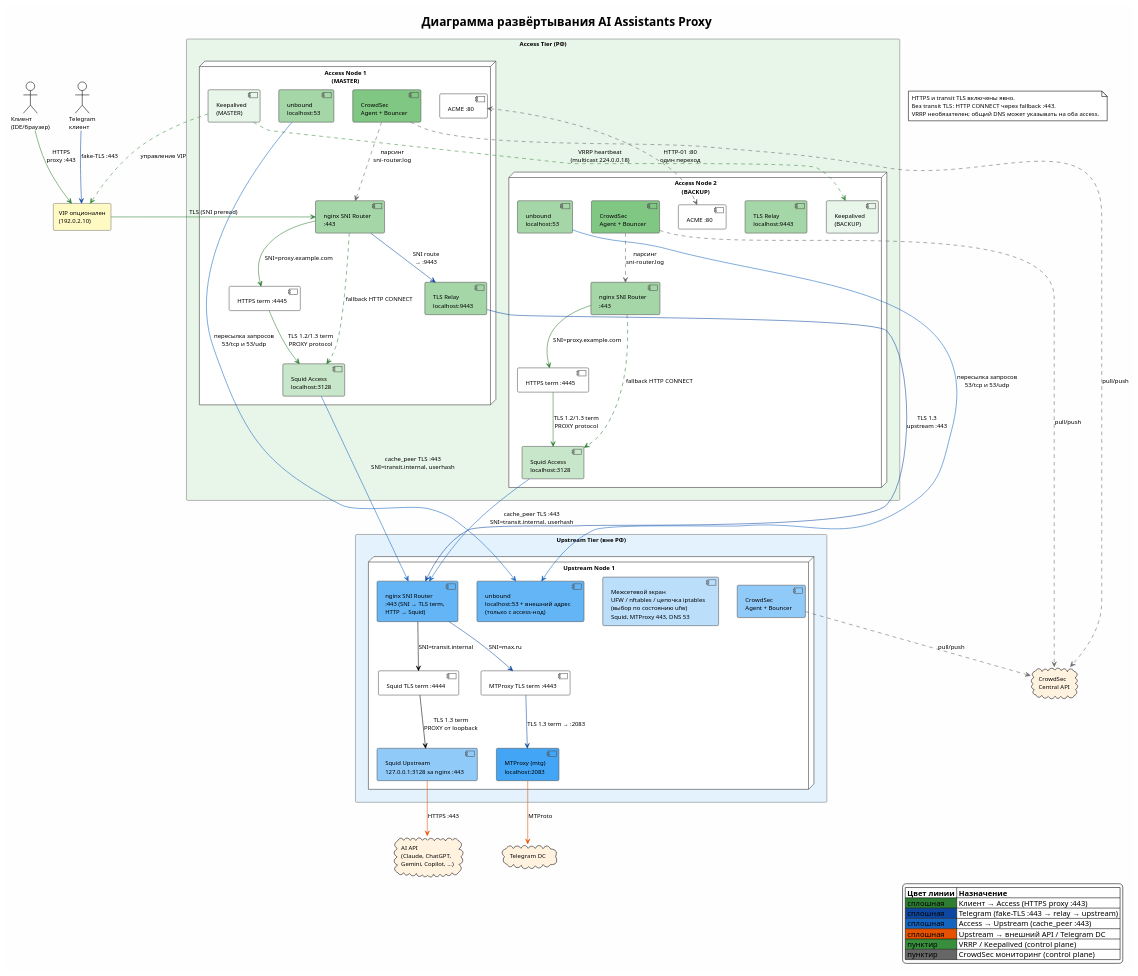
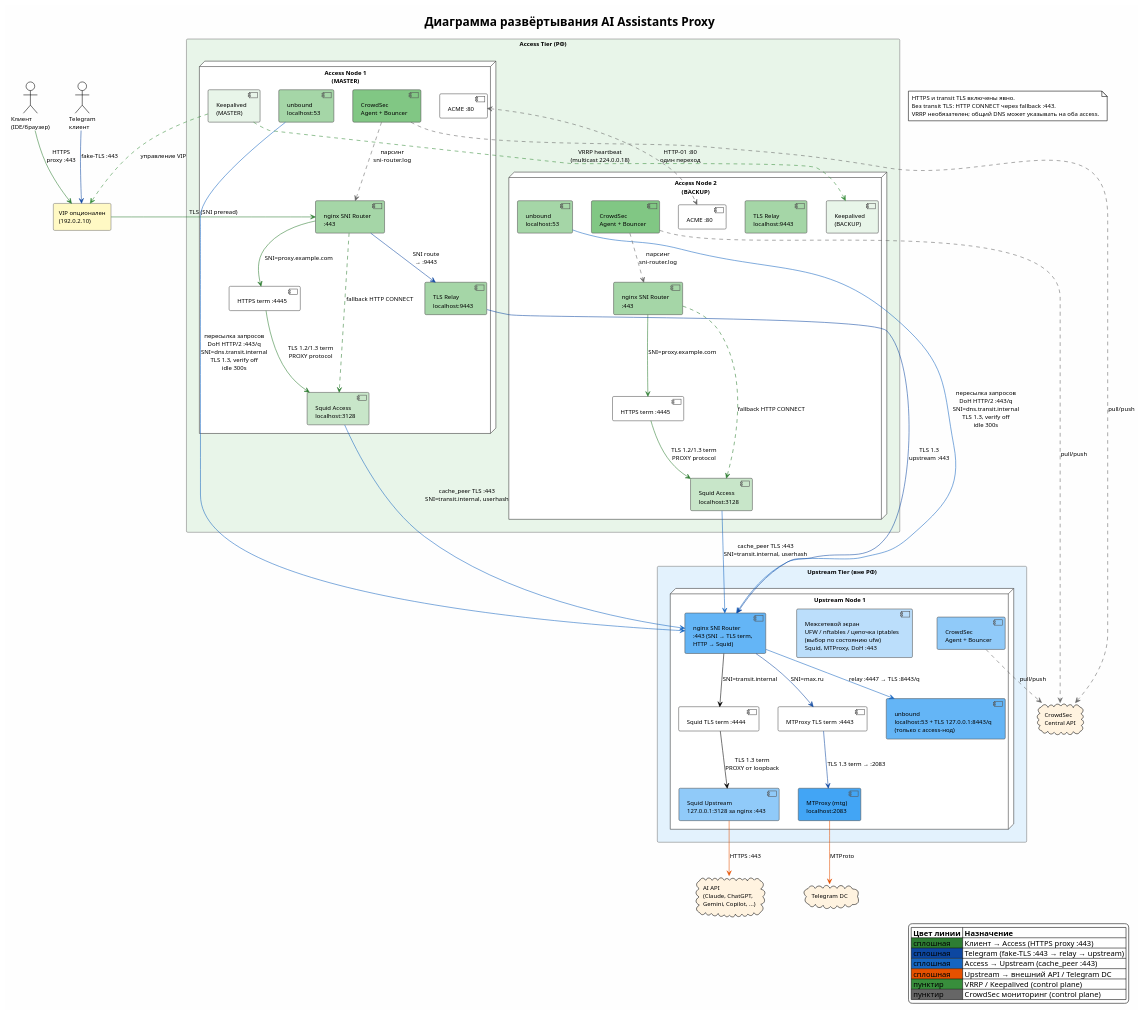
One commit to demofly/ai-proxy changed the diagram in docs/AA/TD/diagrams/TD-deployment.puml. Above: the diagram before and after it, drawn with PlantUML. The commit also changed 84 other files, not shown here.

Commit message:
feat(dns): deploy persistent TLS 1.3 DoH and dual-IP public resolvers

```diff
--- a/docs/AA/TD/diagrams/TD-deployment.puml
+++ b/docs/AA/TD/diagrams/TD-deployment.puml
@@ -1,125 +1,127 @@
 @startuml TD-deployment
 !theme plain
 skinparam backgroundColor #FEFEFE
 skinparam defaultFontName "Segoe UI"
 skinparam defaultFontSize 11
 skinparam NodeBorderColor #333333
 skinparam ComponentBorderColor #555555
 skinparam RectangleBorderColor #777777
 
 title Диаграмма развёртывания AI Assistants Proxy
 
 ' --- Actors ---
 actor "Клиент\n(IDE/браузер)" as client
 actor "Telegram\nклиент" as tg_client
 
 ' --- VIP (network element) ---
 rectangle "VIP опционален\n(192.0.2.10)" as vip #FFF9C4
 
 ' --- Access Tier (РФ) ---
 rectangle "Access Tier (РФ)" as access_tier #E8F5E9 {
 
   node "Access Node 1\n(MASTER)" as an1 {
     component "nginx SNI Router\n:443" as nginx1 #A5D6A7
     component "HTTPS term :4445" as https1
     component "ACME :80" as acme1
     component "Squid Access\nlocalhost:3128" as squid_a1 #C8E6C9
     component "TLS Relay\nlocalhost:9443" as relay1 #A5D6A7
     component "Keepalived\n(MASTER)" as ka1 #E8F5E9
     component "CrowdSec\nAgent + Bouncer" as cs1 #81C784
     component "unbound\nlocalhost:53" as dns1 #A5D6A7
   }
 
   node "Access Node 2\n(BACKUP)" as an2 {
     component "nginx SNI Router\n:443" as nginx2 #A5D6A7
     component "HTTPS term :4445" as https2
     component "ACME :80" as acme2
     component "Squid Access\nlocalhost:3128" as squid_a2 #C8E6C9
     component "TLS Relay\nlocalhost:9443" as relay2 #A5D6A7
     component "Keepalived\n(BACKUP)" as ka2 #E8F5E9
     component "CrowdSec\nAgent + Bouncer" as cs2 #81C784
     component "unbound\nlocalhost:53" as dns2 #A5D6A7
   }
 }
 
 ' --- Upstream Tier (вне РФ) ---
 rectangle "Upstream Tier (вне РФ)" as upstream_tier #E3F2FD {
 
   node "Upstream Node 1" as un1 {
     component "nginx SNI Router\n:443 (SNI → TLS term,\nHTTP → Squid)" as nginx_u1 #64B5F6
     component "Squid TLS term :4444" as transit_term
     component "MTProxy TLS term :4443" as mt_term
     component "Squid Upstream\n127.0.0.1:3128 за nginx :443" as squid_u1 #90CAF9
     component "MTProxy (mtg)\nlocalhost:2083" as mtp1 #42A5F5
-    component "Межсетевой экран\nUFW / nftables / цепочка iptables\n(выбор по состоянию ufw)\nSquid, MTProxy 443, DNS 53" as fw1 #BBDEFB
+    component "Межсетевой экран\nUFW / nftables / цепочка iptables\n(выбор по состоянию ufw)\nSquid, MTProxy, DoH :443" as fw1 #BBDEFB
     component "CrowdSec\nAgent + Bouncer" as cs_u1 #90CAF9
-    component "unbound\nlocalhost:53 + внешний адрес\n(только с access-нод)" as dns_u1 #64B5F6
+    component "unbound\nlocalhost:53 + TLS 127.0.0.1:8443/q\n(только с access-нод)" as dns_u1 #64B5F6
   }
 }
 
 ' --- External ---
 cloud "AI API\n(Claude, ChatGPT,\nGemini, Copilot, ...)" as ai_api #FFF3E0
 cloud "Telegram DC" as tg_dc #FFF3E0
 cloud "CrowdSec\nCentral API" as cs_api #FFF3E0
 
 ' === Data plane connections (solid) ===
 
 ' Client -> VIP -> nginx -> Squid Access -> Squid Upstream -> AI API
 client -[#2E7D32]-> vip : HTTPS\nproxy :443
 vip -[#2E7D32]-> nginx1 : TLS (SNI preread)
 
 nginx1 -[#2E7D32]-> https1 : SNI=proxy.example.com
 https1 -[#2E7D32]-> squid_a1 : TLS 1.2/1.3 term\nPROXY protocol
 nginx1 -[#2E7D32,dashed]-> squid_a1 : fallback HTTP CONNECT
 nginx2 -[#2E7D32]-> https2 : SNI=proxy.example.com
 https2 -[#2E7D32]-> squid_a2 : TLS 1.2/1.3 term\nPROXY protocol
 nginx2 -[#2E7D32,dashed]-> squid_a2 : fallback HTTP CONNECT
 
 squid_a1 -[#1565C0]-> nginx_u1 : cache_peer TLS :443\nSNI=transit.internal, userhash
 squid_a2 -[#1565C0]-> nginx_u1 : cache_peer TLS :443\nSNI=transit.internal, userhash
 
 nginx_u1 --> transit_term : SNI=transit.internal
 transit_term --> squid_u1 : TLS 1.3 term\nPROXY от loopback
 acme1 <.[#666666].> acme2 : HTTP-01 :80\nодин переход
 
 squid_u1 -[#E65100]-> ai_api : HTTPS :443
 
 ' DNS: каскад резолвинга
-dns1 -[#1565C0]-> dns_u1 : пересылка запросов\n53/tcp и 53/udp
-dns2 -[#1565C0]-> dns_u1 : пересылка запросов\n53/tcp и 53/udp
+dns1 -[#1565C0]-> nginx_u1 : пересылка запросов\nDoH HTTP/2 :443/q\nSNI=dns.transit.internal\nTLS 1.3, verify off\nidle 300s
+dns2 -[#1565C0]-> nginx_u1 : пересылка запросов\nDoH HTTP/2 :443/q\nSNI=dns.transit.internal\nTLS 1.3, verify off\nidle 300s
+
+nginx_u1 -[#1565C0]-> dns_u1 : relay :4447 → TLS :8443/q
 
 ' Telegram: client -> VIP -> nginx (access) -> TLS relay -> nginx (upstream) -> mtg -> Telegram DC
 tg_client -[#0D47A1]-> vip : fake-TLS :443
 nginx1 -[#0D47A1]-> relay1 : SNI route\n→ :9443
 relay1 -[#0D47A1]-> nginx_u1 : TLS 1.3\nupstream :443
 nginx_u1 -[#0D47A1]-> mt_term : SNI=max.ru
 mt_term -[#0D47A1]-> mtp1 : TLS 1.3 term → :2083
 mtp1 -[#E65100]-> tg_dc : MTProto
 
 ' === Control plane connections (dashed) ===
 
 ' Keepalived VRRP
 ka1 .[#388E3C].> ka2 : VRRP heartbeat\n(multicast 224.0.0.18)
 ka1 .[#388E3C].> vip : управление VIP
 
 ' CrowdSec
 cs1 .[#666666].> nginx1 : парсинг\nsni-router.log
 cs2 .[#666666].> nginx2 : парсинг\nsni-router.log
 cs1 .[#666666].> cs_api : pull/push
 cs2 .[#666666].> cs_api : pull/push
 cs_u1 .[#666666].> cs_api : pull/push
 
 ' --- Легенда ---
 legend right
   |= Цвет линии |= Назначение |
   |<#2E7D32> сплошная | Клиент → Access (HTTPS proxy :443) |
   |<#0D47A1> сплошная | Telegram (fake-TLS :443 → relay → upstream) |
   |<#1565C0> сплошная | Access → Upstream (cache_peer :443) |
   |<#E65100> сплошная | Upstream → внешний API / Telegram DC |
   |<#388E3C> пунктир | VRRP / Keepalived (control plane) |
   |<#666666> пунктир | CrowdSec мониторинг (control plane) |
 end legend
 
 note "HTTPS и transit TLS включены явно.\nБез transit TLS: HTTP CONNECT через fallback :443.\nVRRP необязателен; общий DNS может указывать на оба access." as MODE
 
 @enduml
```
